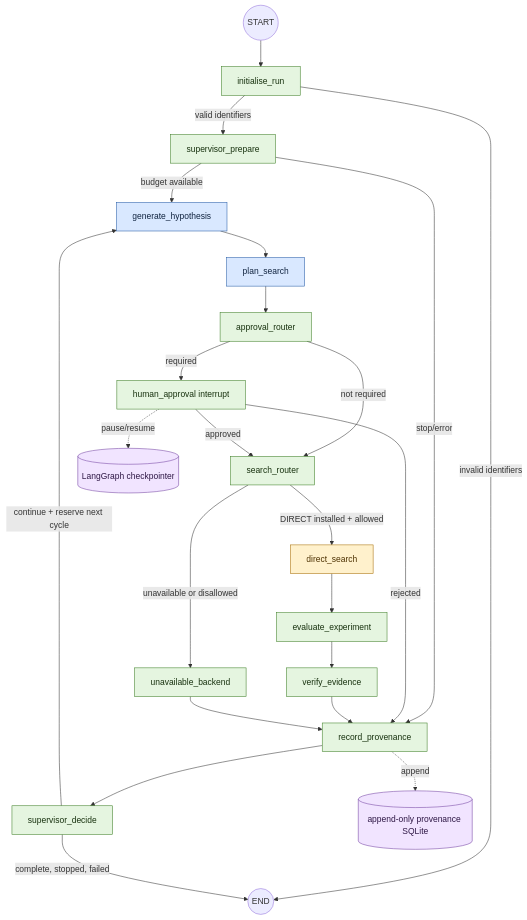
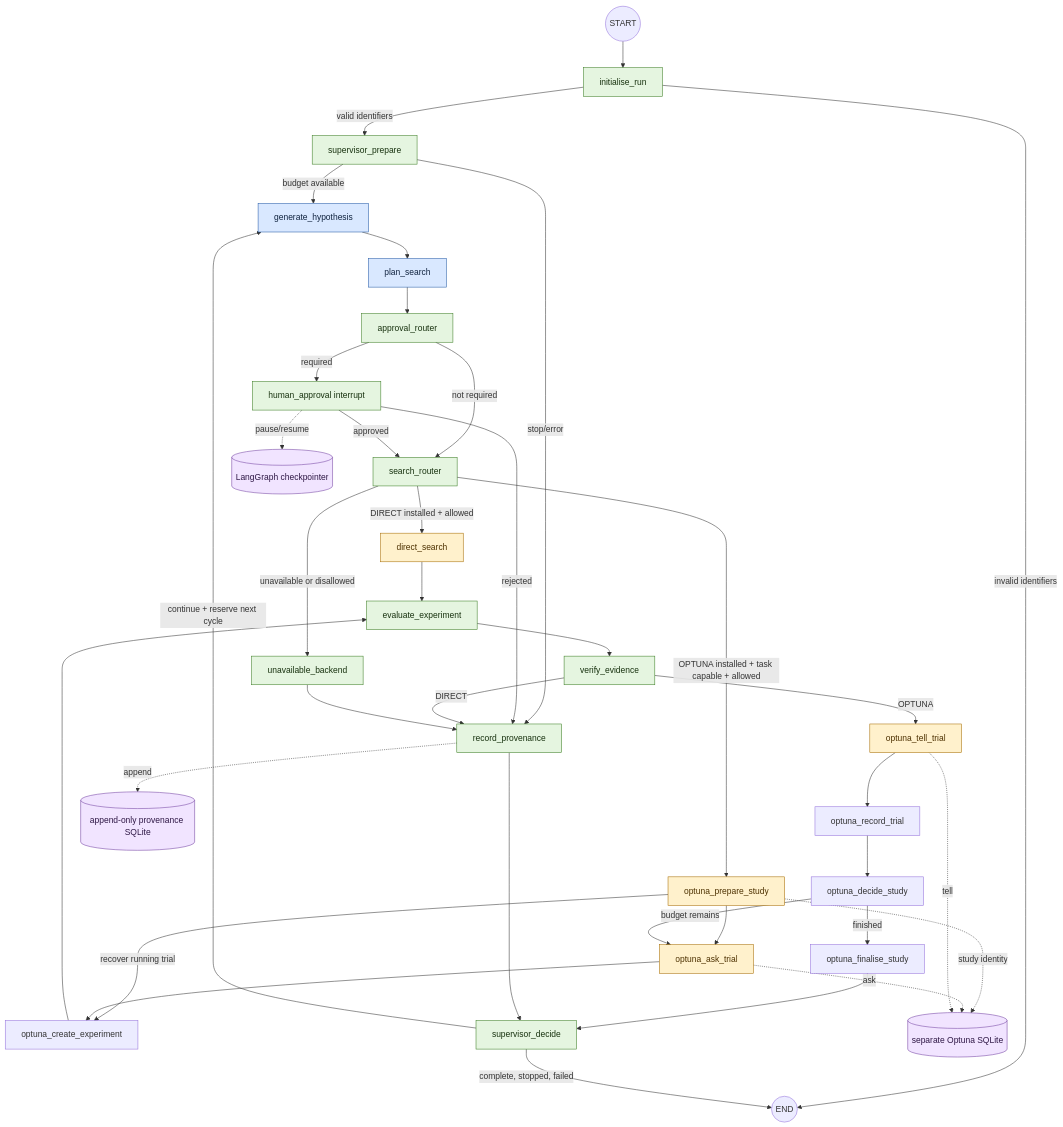
One commit to Lifework-Health/auto-researcher changed the diagram in docs/architecture/graph.mmd. Above: the diagram before and after it, drawn with Mermaid. The commit also changed 52 other files, not shown here.

Commit message:
Add resumable Optuna ask-tell search

```diff
--- a/docs/architecture/graph.mmd
+++ b/docs/architecture/graph.mmd
@@ -1,36 +1,51 @@
 flowchart TD
     START((START)) --> initialise[initialise_run]
     initialise -->|valid identifiers| prepare[supervisor_prepare]
     initialise -->|invalid identifiers| END
     prepare -->|budget available| hypothesis[generate_hypothesis]
     prepare -->|stop/error| provenance[record_provenance]
     hypothesis --> planner[plan_search]
     planner --> approvalRouter[approval_router]
     approvalRouter -->|required| human[human_approval interrupt]
     approvalRouter -->|not required| searchRouter[search_router]
     human -->|approved| searchRouter
     human -->|rejected| provenance
     searchRouter -->|DIRECT installed + allowed| direct[direct_search]
+    searchRouter -->|OPTUNA installed + task capable + allowed| optunaPrepare[optuna_prepare_study]
     searchRouter -->|unavailable or disallowed| unavailable[unavailable_backend]
     direct --> evaluator[evaluate_experiment]
+    optunaPrepare --> optunaAsk[optuna_ask_trial]
+    optunaPrepare -->|recover running trial| optunaCreate[optuna_create_experiment]
+    optunaAsk --> optunaCreate
+    optunaCreate --> evaluator
     evaluator --> verifier[verify_evidence]
-    verifier --> provenance
+    verifier -->|DIRECT| provenance
+    verifier -->|OPTUNA| optunaTell[optuna_tell_trial]
+    optunaTell --> optunaRecord[optuna_record_trial]
+    optunaRecord --> optunaDecide[optuna_decide_study]
+    optunaDecide -->|budget remains| optunaAsk
+    optunaDecide -->|finished| optunaFinal[optuna_finalise_study]
+    optunaFinal --> decide
     unavailable --> provenance
     provenance --> decide[supervisor_decide]
     decide -->|continue + reserve next cycle| hypothesis
     decide -->|complete, stopped, failed| END((END))
 
     checkpointer[(LangGraph checkpointer)]
     provenanceStore[(append-only provenance SQLite)]
+    optunaStore[(separate Optuna SQLite)]
     human -. pause/resume .-> checkpointer
     provenance -. append .-> provenanceStore
+    optunaPrepare -. study identity .-> optunaStore
+    optunaAsk -. ask .-> optunaStore
+    optunaTell -. tell .-> optunaStore
 
     classDef llm fill:#d9e8ff,stroke:#245aa5,color:#10233f
     classDef deterministic fill:#e5f5e0,stroke:#3b7d23,color:#17310e
     classDef backend fill:#fff1cc,stroke:#a66b00,color:#4d3100
     classDef persistence fill:#f1e4ff,stroke:#7040a0,color:#2e1745
 
     class hypothesis,planner llm
     class initialise,prepare,approvalRouter,human,searchRouter,evaluator,verifier,provenance,decide,unavailable deterministic
-    class direct backend
-    class checkpointer,provenanceStore persistence
+    class direct,optunaPrepare,optunaAsk,optunaTell backend
+    class checkpointer,provenanceStore,optunaStore persistence
```
